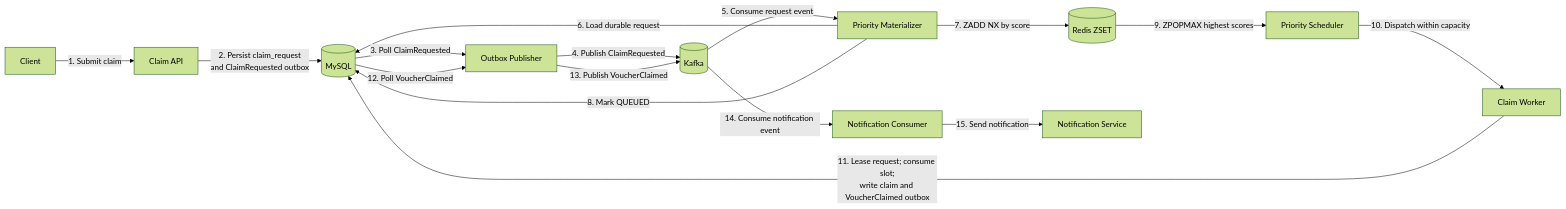
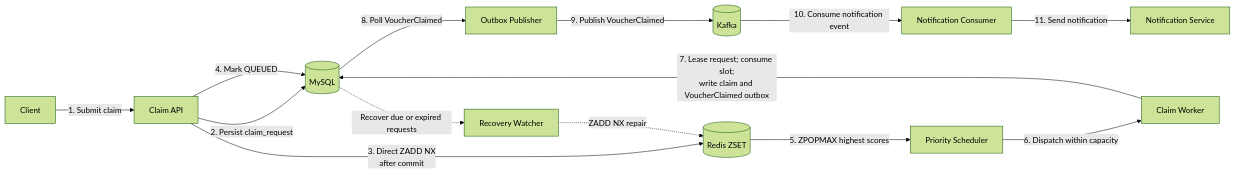
One commit to PhamDinhDuy-2508/Voucher-claim-system changed the diagram in README.md. Above: the diagram before and after it, drawn with Mermaid (forest theme). The commit also changed other lines of this file and 16 other files, not shown here.

Commit message:
Simplify claim admission with direct Redis materialization

````diff
--- a/README.md
+++ b/README.md
@@ -42,18 +42,16 @@
 ```mermaid
 flowchart LR
     C[Client] -->|1. Submit claim| API[Claim API]
-    API -->|2. Persist claim_request<br/>and ClaimRequested outbox| DB[(MySQL)]
-    DB -->|3. Poll ClaimRequested| OP[Outbox Publisher]
-    OP -->|4. Publish ClaimRequested| K[(Kafka)]
-    K -->|5. Consume request event| PM[Priority Materializer]
-    PM -->|6. Load durable request| DB
-    PM -->|7. ZADD NX by score| R[(Redis ZSET)]
-    PM -->|8. Mark QUEUED| DB
-    R -->|9. ZPOPMAX highest scores| PS[Priority Scheduler]
-    PS -->|10. Dispatch within capacity| CW[Claim Worker]
-    CW -->|11. Lease request; consume slot;<br/>write claim and VoucherClaimed outbox| DB
-    DB -->|12. Poll VoucherClaimed| OP
-    OP -->|13. Publish VoucherClaimed| K
-    K -->|14. Consume notification event| NC[Notification Consumer]
-    NC -->|15. Send notification| NS[Notification Service]
+    API -->|2. Persist claim_request| DB[(MySQL)]
+    API -->|3. Direct ZADD NX<br/>after commit| R[(Redis ZSET)]
+    API -->|4. Mark QUEUED| DB
+    R -->|5. ZPOPMAX highest scores| PS[Priority Scheduler]
+    PS -->|6. Dispatch within capacity| CW[Claim Worker]
+    CW -->|7. Lease request; consume slot;<br/>write claim and VoucherClaimed outbox| DB
+    DB -->|8. Poll VoucherClaimed| OP[Outbox Publisher]
+    OP -->|9. Publish VoucherClaimed| K[(Kafka)]
+    K -->|10. Consume notification event| NC[Notification Consumer]
+    NC -->|11. Send notification| NS[Notification Service]
+    DB -. Recover due or expired requests .-> RW[Recovery Watcher]
+    RW -. ZADD NX repair .-> R
 ```
````
